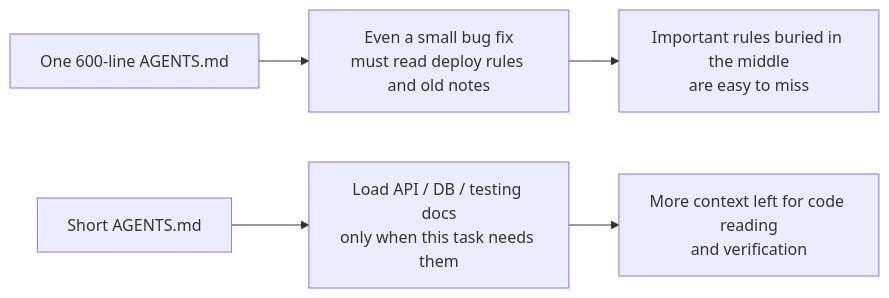
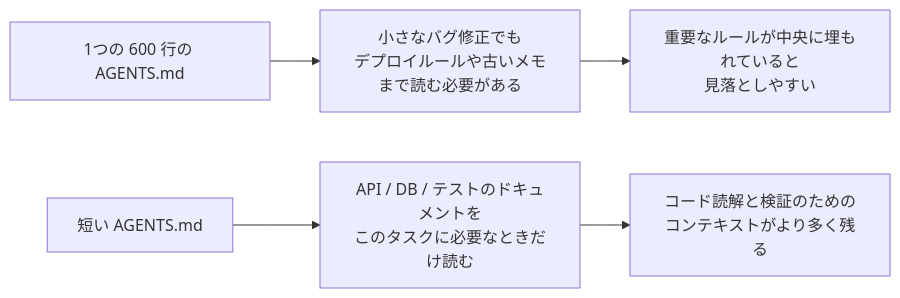
One commit to mkusaka/learn-harness-engineering changed the first of 2 diagrams in docs/en/lectures/lecture-04-why-one-giant-instruction-file-fails/index.md. Above: the diagram before and after it, drawn with Mermaid. The commit also changed other lines of this file and 571 other files, not shown here.

````diff
--- a/docs/en/lectures/lecture-04-why-one-giant-instruction-file-fails/index.md
+++ b/docs/en/lectures/lecture-04-why-one-giant-instruction-file-fails/index.md
@@ -39,8 +39,8 @@
 ```mermaid
 flowchart LR
-    Mono["One 600-line AGENTS.md"] --> MonoLoad["Even a small bug fix<br/>must read deploy rules and old notes"]
-    MonoLoad --> MonoRisk["Important rules buried in the middle<br/>are easy to miss"]
+    Mono["1つの 600 行の AGENTS.md"] --> MonoLoad["小さなバグ修正でも<br/>デプロイルールや古いメモまで読む必要がある"]
+    MonoLoad --> MonoRisk["重要なルールが中央に埋もれていると<br/>見落としやすい"]
 
-    Router["Short AGENTS.md"] --> Topics["Load API / DB / testing docs<br/>only when this task needs them"]
-    Topics --> RoutedResult["More context left for code reading<br/>and verification"]
+    Router["短い AGENTS.md"] --> Topics["API / DB / テストのドキュメントを<br/>このタスクに必要なときだけ読む"]
+    Topics --> RoutedResult["コード読解と検証のための<br/>コンテキストがより多く残る"]
 ```
````
